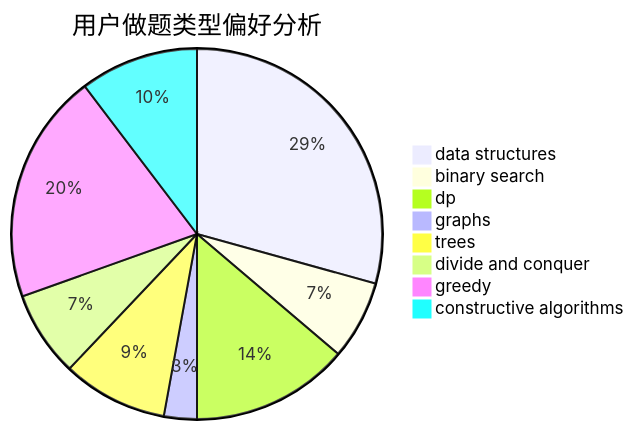
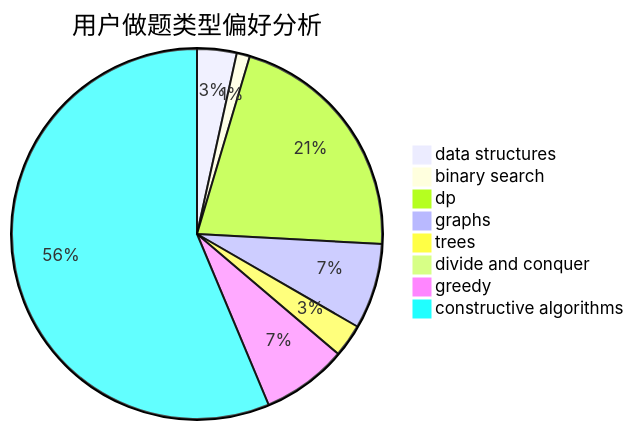
The second of 3 diagrams in docs/user/u1442.md (sherpahu/cfrs.github.io), drawn with Mermaid before and after one commit. The commit also changed other lines of this file and 2770 other files, not shown here.

````diff
--- a/docs/user/u1442.md
+++ b/docs/user/u1442.md
@@ -23,11 +23,11 @@
 ```mermaid
 pie title 用户做题类型偏好分析
-    "data structures" :  51
-    "binary search" :  12
-    "dp" :  24
-    "graphs" :  5
-    "trees" :  16
-    "divide and conquer" :  13
-    "greedy" :  35
-    "constructive algorithms" :  18
+    "data structures" :  6
+    "binary search" :  2
+    "dp" :  37
+    "graphs" :  13
+    "trees" :  5
+    "divide and conquer" :  0
+    "greedy" :  13
+    "constructive algorithms" :  98
 ```
````
